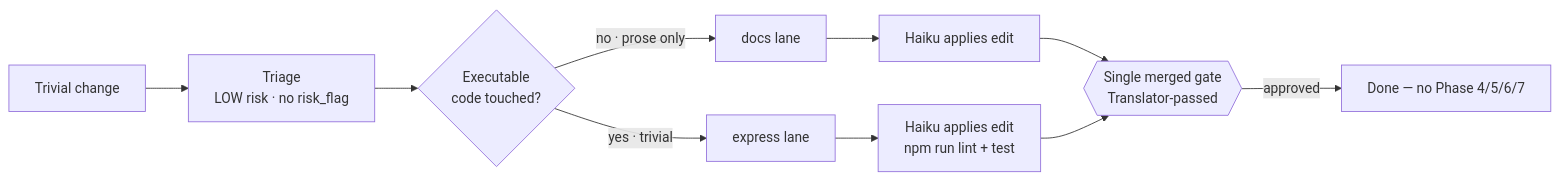
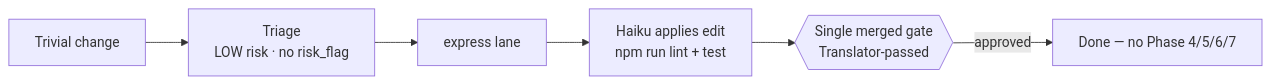
The third of 5 diagrams in docs/workflows/README.md (RahulSunnyCS/skills), drawn with Mermaid before and after one commit. The commit also changed other lines of this file and 3 other files, not shown here.

````diff
--- a/docs/workflows/README.md
+++ b/docs/workflows/README.md
@@ -94,12 +91,8 @@
 ```mermaid
 flowchart LR
     A[Trivial change] --> T[Triage<br/>LOW risk · no risk_flag]
-    T --> D{Executable<br/>code touched?}
-    D -->|no · prose only| DO[docs lane]
-    D -->|yes · trivial| EX[express lane]
-    DO --> E[Haiku applies edit]
-    EX --> E2[Haiku applies edit<br/>npm run lint + test]
+    T --> EX[express lane]
+    EX --> E[Haiku applies edit<br/>npm run lint + test]
     E --> G{{Single merged gate<br/>Translator-passed}}
-    E2 --> G
     G -->|approved| DONE[Done — no Phase 4/5/6/7]
 ```
````
